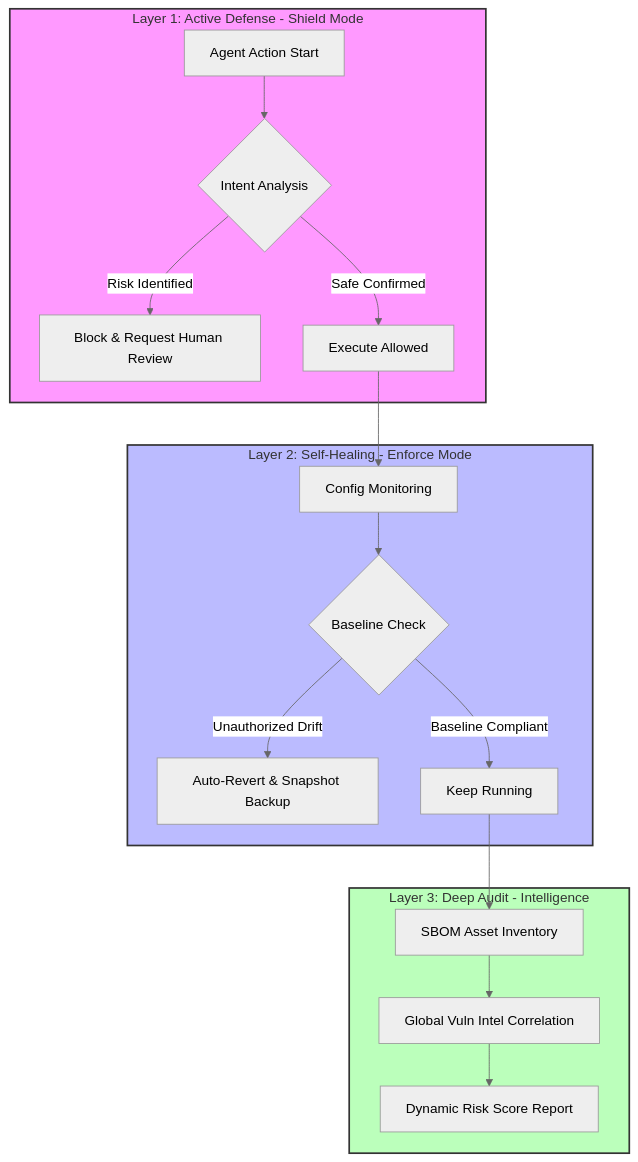
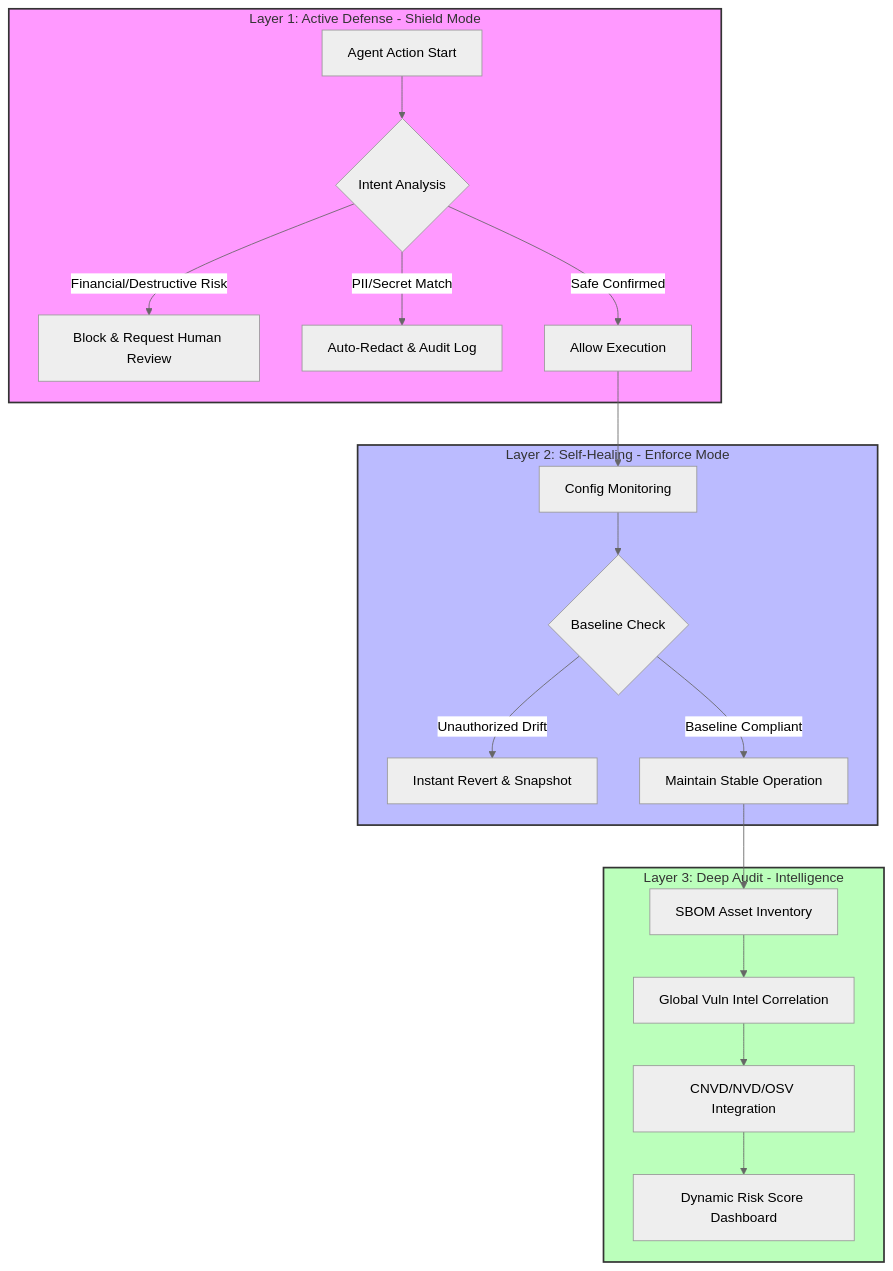
The diagram in README.md (lttcnly/openclaw-guardrails), drawn with Mermaid (neutral theme) before and after one commit. The commit also changed other lines of this file and 1 other file, not shown here.

Commit message:
docs: finalize 'Product Whitepaper' grade README with exhaustive feature deep-dives and technical architecture

````diff
--- a/README.md
+++ b/README.md
@@ -32,27 +34,29 @@
 ```mermaid
 graph TD
     subgraph L1 [Layer 1: Active Defense - Shield Mode]
         A[Agent Action Start] --> B{Intent Analysis}
-        B -- Risk Identified --> C[Block & Request Human Review]
-        B -- Safe Confirmed --> D[Execute Allowed]
+        B -- Financial/Destructive Risk --> C[Block & Request Human Review]
+        B -- PII/Secret Match --> D[Auto-Redact & Audit Log]
+        B -- Safe Confirmed --> E[Allow Execution]
     end
 
-    D --> E
+    E --> F
 
     subgraph L2 [Layer 2: Self-Healing - Enforce Mode]
-        E[Config Monitoring] --> F{Baseline Check}
-        F -- Unauthorized Drift --> G[Auto-Revert & Snapshot Backup]
-        F -- Baseline Compliant --> H[Keep Running]
+        F[Config Monitoring] --> G{Baseline Check}
+        G -- Unauthorized Drift --> H[Instant Revert & Snapshot]
+        G -- Baseline Compliant --> I[Maintain Stable Operation]
     end
 
-    H --> I
+    I --> J
 
     subgraph L3 [Layer 3: Deep Audit - Intelligence]
-        I[SBOM Asset Inventory] --> J[Global Vuln Intel Correlation]
-        J --> K[Dynamic Risk Score Report]
+        J[SBOM Asset Inventory] --> K[Global Vuln Intel Correlation]
+        K --> L[CNVD/NVD/OSV Integration]
+        L --> M[Dynamic Risk Score Dashboard]
     end
 
     style L1 fill:#f9f,stroke:#333,stroke-width:2px
     style L2 fill:#bbf,stroke:#333,stroke-width:2px
     style L3 fill:#bfb,stroke:#333,stroke-width:2px
 ```
````
